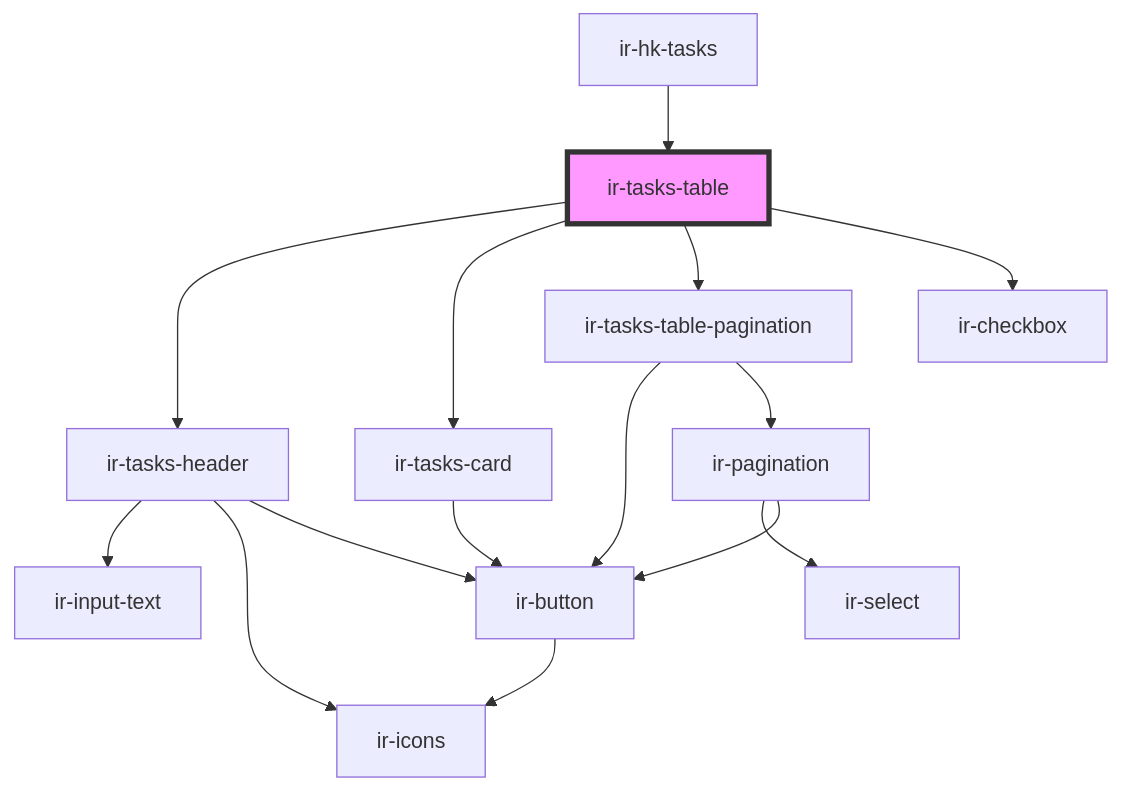
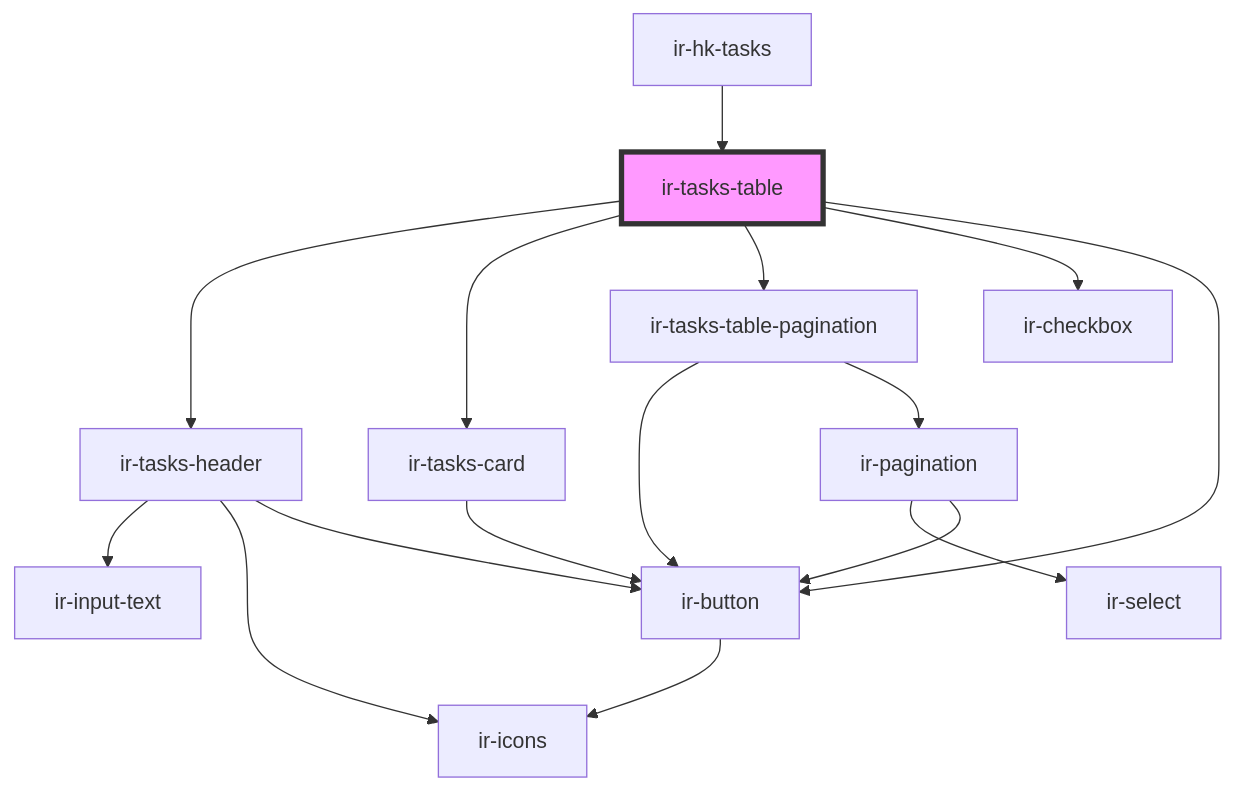
One commit to RonyRizk/ir-webcmp changed the diagram in src/components/ir-housekeeping/ir-hk-tasks/ir-tasks-table/readme.md. Above: the diagram before and after it, drawn with Mermaid. The commit also changed other lines of this file and 29 other files, not shown here.

````diff
--- a/src/components/ir-housekeeping/ir-hk-tasks/ir-tasks-table/readme.md
+++ b/src/components/ir-housekeeping/ir-hk-tasks/ir-tasks-table/readme.md
@@ -38,18 +40,19 @@
 ```mermaid
 graph TD;
   ir-tasks-table --> ir-tasks-header
   ir-tasks-table --> ir-tasks-card
   ir-tasks-table --> ir-tasks-table-pagination
   ir-tasks-table --> ir-checkbox
+  ir-tasks-table --> ir-button
   ir-tasks-header --> ir-input-text
   ir-tasks-header --> ir-icons
   ir-tasks-header --> ir-button
   ir-button --> ir-icons
   ir-tasks-card --> ir-button
   ir-tasks-table-pagination --> ir-button
   ir-tasks-table-pagination --> ir-pagination
   ir-pagination --> ir-select
   ir-pagination --> ir-button
   ir-hk-tasks --> ir-tasks-table
   style ir-tasks-table fill:#f9f,stroke:#333,stroke-width:4px
 ```
````
